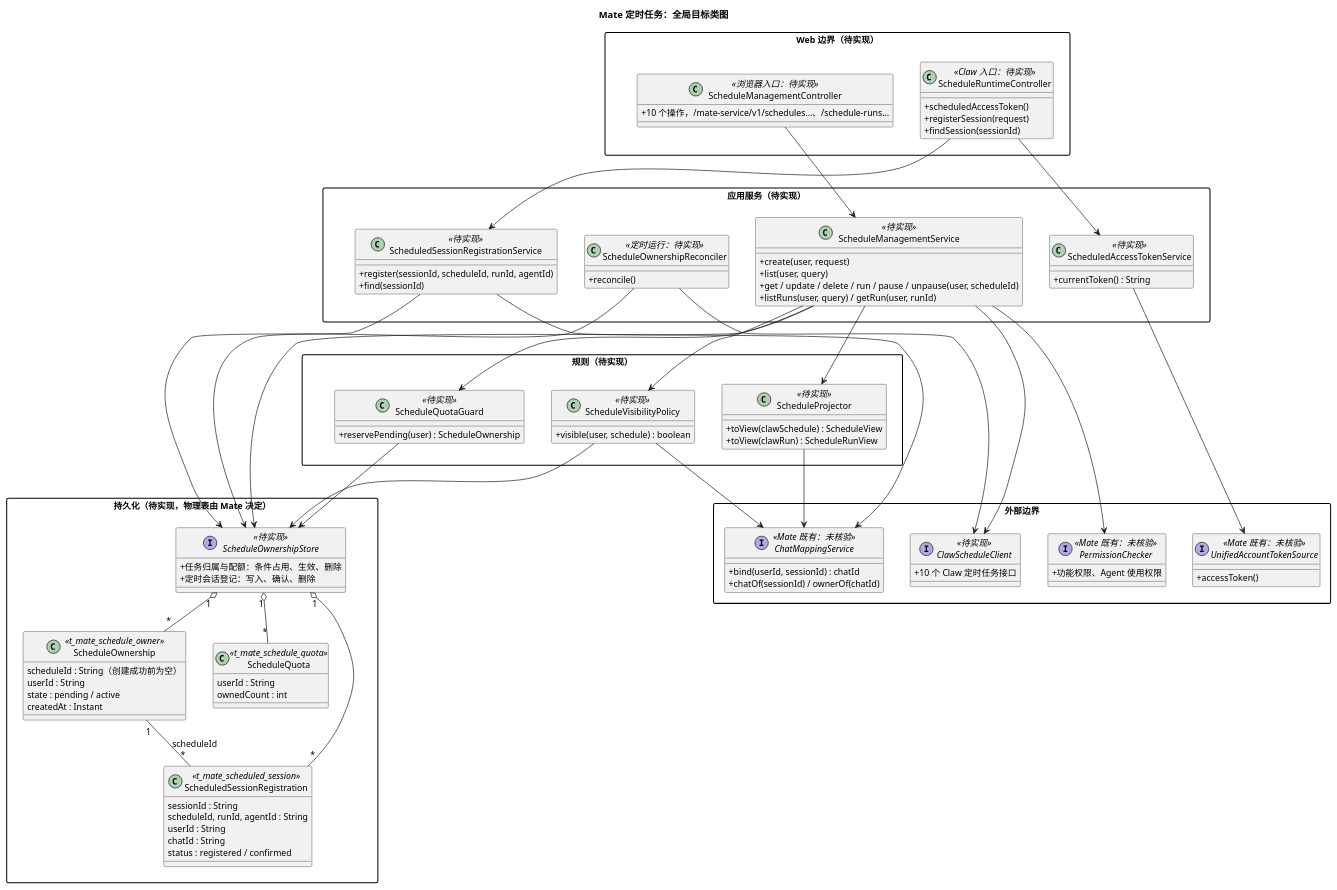
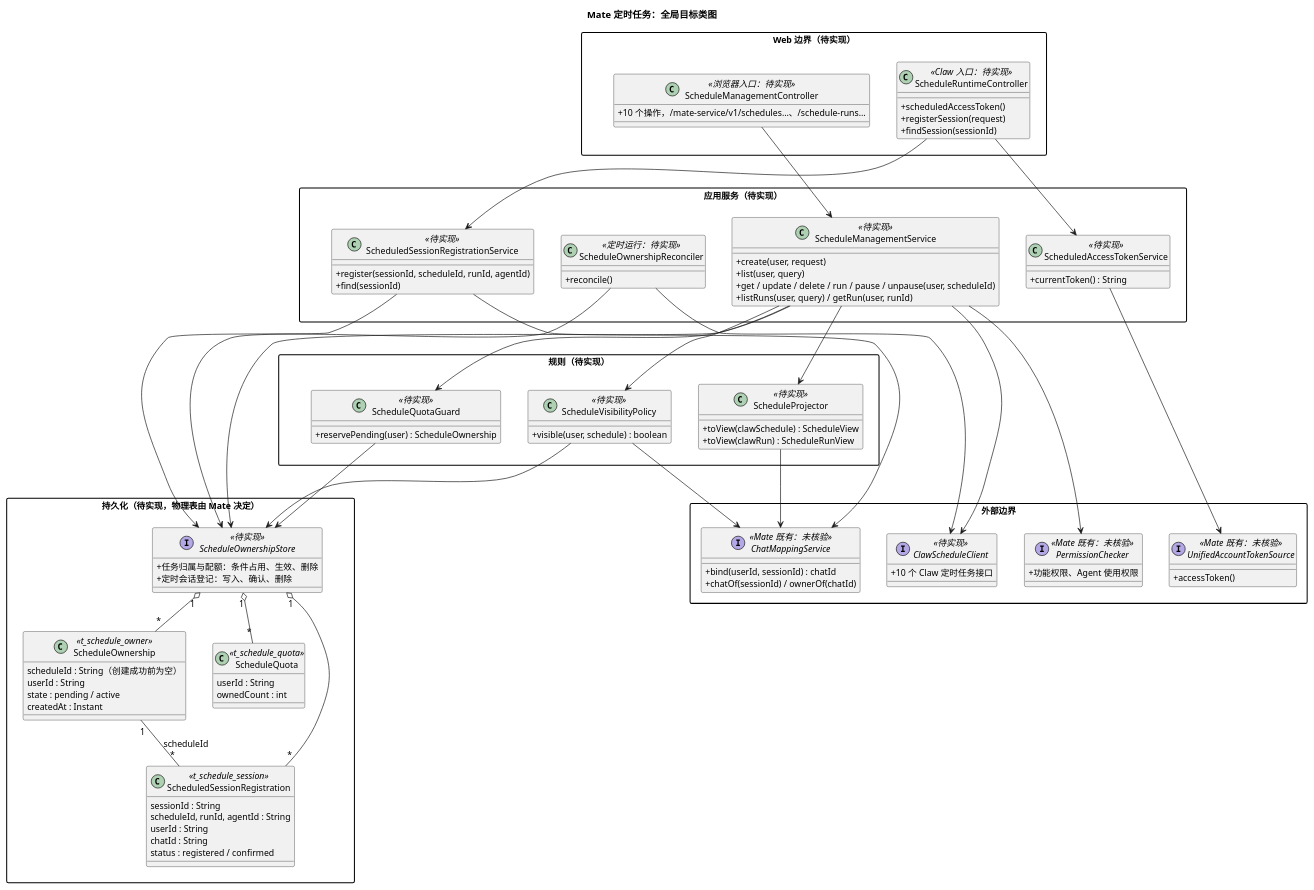
The fourth of 4 diagrams in 02-服务与接口/08-mate-service定时任务/diagram.puml (ssm0808/pi-mono-java-design), drawn with PlantUML before and after one commit. The commit also changed 3 other files, not shown here.

```diff
--- a/02-服务与接口/08-mate-service定时任务/diagram.puml
+++ b/02-服务与接口/08-mate-service定时任务/diagram.puml
@@ -128,122 +128,122 @@
 @startuml mate_schedule_architecture
 ' 目标：待实现；Mate 侧定时任务的全局目标类图。
 ' mate-service 源码未核验：类名为目标命名，公司权限、Chat 映射与统一账号认证为 Mate 既有能力的抽象，接入方式待实现时核对。
 ' Claw 侧契约：01-总体架构/08-CampusClaw定时任务/README.md 0.66.0 第 4 章与第 4.8 节。
 title Mate 定时任务：全局目标类图
 skinparam backgroundColor white
 skinparam defaultFontSize 13
 skinparam classAttributeIconSize 0
 skinparam packageStyle rectangle
 skinparam nodesep 40
 skinparam ranksep 50
 
 package "Web 边界（待实现）" as WebPkg {
   class ScheduleManagementController <<浏览器入口：待实现>> {
     + 10 个操作，/mate-service/v1/schedules…、/schedule-runs…
   }
   class ScheduleRuntimeController <<Claw 入口：待实现>> {
     + scheduledAccessToken()
     + registerSession(request)
     + findSession(sessionId)
   }
 }
 
 package "应用服务（待实现）" as AppPkg {
   class ScheduleManagementService <<待实现>> {
     + create(user, request)
     + list(user, query)
     + get / update / delete / run / pause / unpause(user, scheduleId)
     + listRuns(user, query) / getRun(user, runId)
   }
   class ScheduledSessionRegistrationService <<待实现>> {
     + register(sessionId, scheduleId, runId, agentId)
     + find(sessionId)
   }
   class ScheduledAccessTokenService <<待实现>> {
     + currentToken() : String
   }
   class ScheduleOwnershipReconciler <<定时运行：待实现>> {
     + reconcile()
   }
 }
 
 package "规则（待实现）" as RulePkg {
   class ScheduleVisibilityPolicy <<待实现>> {
     + visible(user, schedule) : boolean
   }
   class ScheduleQuotaGuard <<待实现>> {
     + reservePending(user) : ScheduleOwnership
   }
   class ScheduleProjector <<待实现>> {
     + toView(clawSchedule) : ScheduleView
     + toView(clawRun) : ScheduleRunView
   }
 }
 
 package "持久化（待实现，物理表由 Mate 决定）" as StorePkg {
   interface ScheduleOwnershipStore <<待实现>> {
     + 任务归属与配额：条件占用、生效、删除
     + 定时会话登记：写入、确认、删除
   }
 
-  class ScheduleOwnership <<t_mate_schedule_owner>> {
+  class ScheduleOwnership <<t_schedule_owner>> {
     scheduleId : String（创建成功前为空）
     userId : String
     state : pending / active
     createdAt : Instant
   }
-  class ScheduleQuota <<t_mate_schedule_quota>> {
+  class ScheduleQuota <<t_schedule_quota>> {
     userId : String
     ownedCount : int
   }
-  class ScheduledSessionRegistration <<t_mate_scheduled_session>> {
+  class ScheduledSessionRegistration <<t_schedule_session>> {
     sessionId : String
     scheduleId, runId, agentId : String
     userId : String
     chatId : String
     status : registered / confirmed
   }
 }
 
 package "外部边界" as ExtPkg {
   interface ClawScheduleClient <<待实现>> {
     + 10 个 Claw 定时任务接口
   }
   interface PermissionChecker <<Mate 既有：未核验>> {
     + 功能权限、Agent 使用权限
   }
   interface ChatMappingService <<Mate 既有：未核验>> {
     + bind(userId, sessionId) : chatId
     + chatOf(sessionId) / ownerOf(chatId)
   }
   interface UnifiedAccountTokenSource <<Mate 既有：未核验>> {
     + accessToken()
   }
 }
 
 ScheduleManagementController --> ScheduleManagementService
 ScheduleRuntimeController --> ScheduledSessionRegistrationService
 ScheduleRuntimeController --> ScheduledAccessTokenService
 ScheduleManagementService --> PermissionChecker
 ScheduleManagementService --> ScheduleVisibilityPolicy
 ScheduleManagementService --> ScheduleQuotaGuard
 ScheduleManagementService --> ScheduleProjector
 ScheduleManagementService --> ClawScheduleClient
 ScheduleManagementService --> ScheduleOwnershipStore
 ScheduleVisibilityPolicy --> ScheduleOwnershipStore
 ScheduleVisibilityPolicy --> ChatMappingService
 ScheduleQuotaGuard --> ScheduleOwnershipStore
 ScheduleProjector --> ChatMappingService
 ScheduledSessionRegistrationService --> ScheduleOwnershipStore
 ScheduledSessionRegistrationService --> ChatMappingService
 ScheduledAccessTokenService --> UnifiedAccountTokenSource
 ScheduleOwnershipReconciler --> ScheduleOwnershipStore
 ScheduleOwnershipReconciler --> ClawScheduleClient
 ScheduleOwnershipStore "1" o-- "*" ScheduleOwnership
 ScheduleOwnershipStore "1" o-- "*" ScheduleQuota
 ScheduleOwnershipStore "1" o-- "*" ScheduledSessionRegistration
 ScheduleOwnership "1" -- "*" ScheduledSessionRegistration : scheduleId
 WebPkg -[hidden]down- AppPkg
 AppPkg -[hidden]down- RulePkg
 RulePkg -[hidden]down- StorePkg
 @enduml
```
